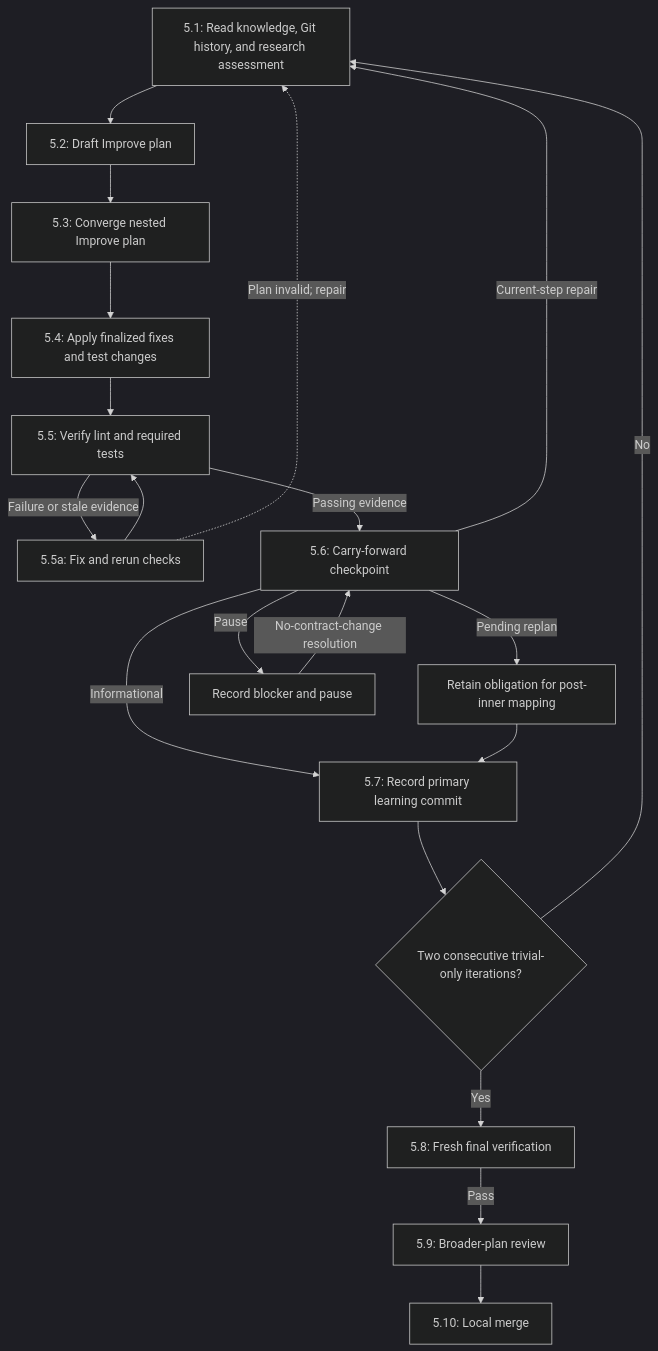
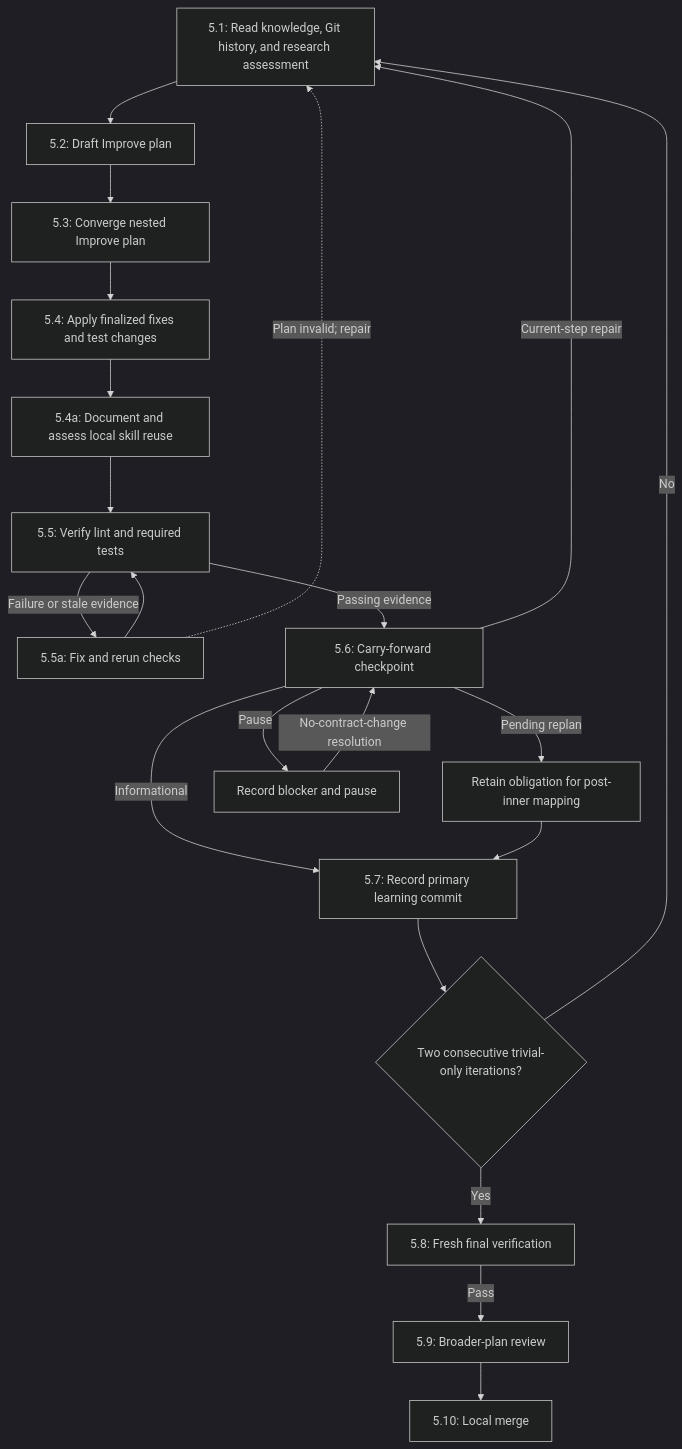
Before and after one commit to whichguy/skill-craft: the seventh of 18 diagrams in plugins/shiploop/skills/shiploop/README.md, drawn with Mermaid (dark theme). The commit also changed other lines of this file and 40 other files, not shown here.

````diff
--- a/plugins/shiploop/skills/shiploop/README.md
+++ b/plugins/shiploop/skills/shiploop/README.md
@@ -936,22 +987,23 @@
 ```mermaid
 flowchart TD
     I1["5.1: Read knowledge, Git history, and research assessment"] --> I2["5.2: Draft Improve plan"]
     I2 --> I3["5.3: Converge nested Improve plan"]
     I3 --> I4["5.4: Apply finalized fixes and test changes"]
-    I4 --> I5["5.5: Verify lint and required tests"]
+    I4 --> D["5.4a: Document and assess local skill reuse"]
+    D --> I5["5.5: Verify lint and required tests"]
     I5 -->|Failure or stale evidence| F["5.5a: Fix and rerun checks"]
     F --> I5
     F -.->|Plan invalid; repair| I1
     I5 -->|Passing evidence| I6["5.6: Carry-forward checkpoint"]
     I6 -->|Informational| I7["5.7: Record primary learning commit"]
     I6 -->|Current-step repair| I1
     I6 -->|Pending replan| P["Retain obligation for post-inner mapping"]
     P --> I7
     I6 -->|Pause| B["Record blocker and pause"]
     B -->|No-contract-change resolution| I6
     I7 --> G{"Two consecutive trivial-only iterations?"}
     G -->|No| I1
     G -->|Yes| I8["5.8: Fresh final verification"]
     I8 -->|Pass| I9["5.9: Broader-plan review"]
     I9 --> I10["5.10: Local merge"]
 ```
````
